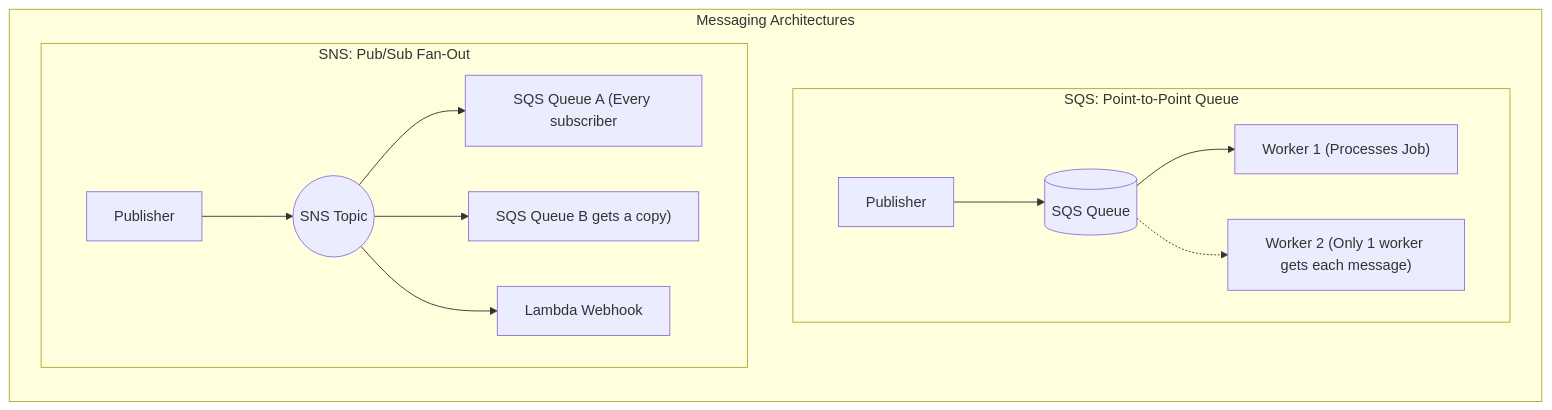
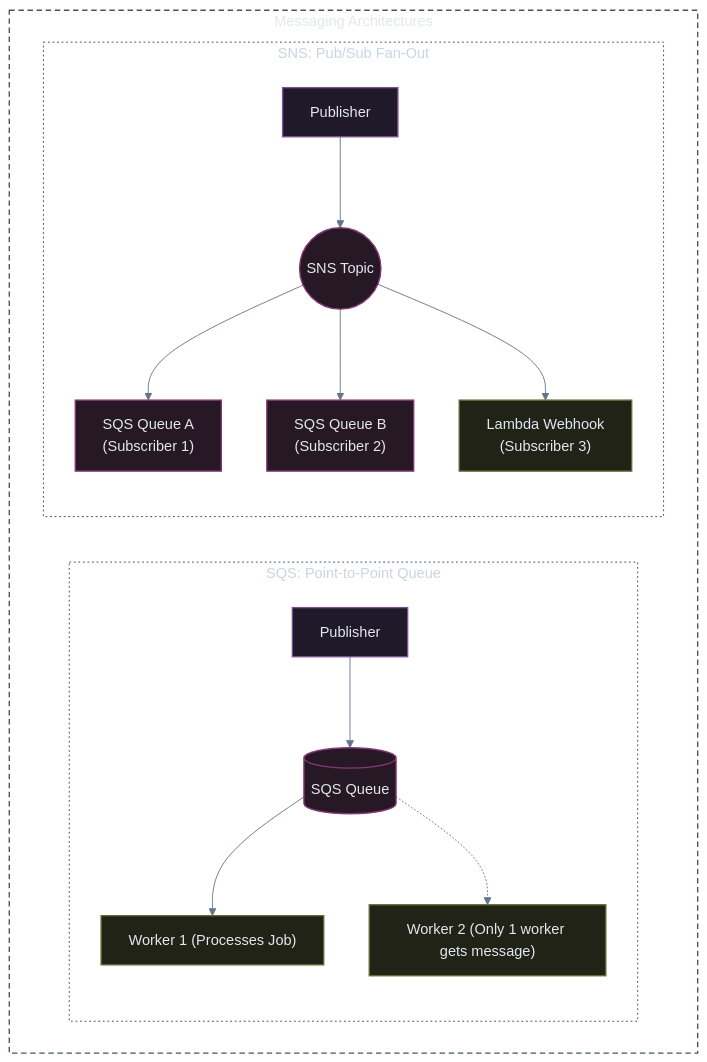
The second of 5 diagrams in 03-aws-services/services.md (heinhtetzan/k8s-in-production), drawn with Mermaid before and after one commit. The commit also changed other lines of this file and 4 other files, not shown here.

Commit message:
docs: add dark mode themes and styles to mermaid diagrams in aws architecture docs

````diff
--- a/03-aws-services/services.md
+++ b/03-aws-services/services.md
@@ -97,18 +125,45 @@
 ```mermaid
-flowchart TD
+%%{init: {
+  'theme': 'base',
+  'themeVariables': {
+    'darkMode': true,
+    'background': '#0f172a',
+    'primaryColor': '#1e293b',
+    'primaryTextColor': '#e2e8f0',
+    'primaryBorderColor': '#475569',
+    'lineColor': '#64748b',
+    'textColor': '#e2e8f0',
+    'edgeLabelBackground': '#0f172a'
+  },
+  'themeCSS': '* { filter: none !important; box-shadow: none !important; } .node * { filter: none !important; } .cluster * { filter: none !important; }'
+}}%%
+graph TD
     subgraph MessagingPatterns["Messaging Architectures"]
-        direction TB
         subgraph P2P["SQS: Point-to-Point Queue"]
             Producer1["Publisher"] --> Queue[("SQS Queue")]
             Queue --> Consumer1["Worker 1 (Processes Job)"]
-            Queue -.-> Consumer2["Worker 2 (Only 1 worker gets each message)"]
+            Queue -.-> Consumer2["Worker 2 (Only 1 worker gets message)"]
         end
 
         subgraph FanOut["SNS: Pub/Sub Fan-Out"]
             Producer2["Publisher"] --> Topic(("SNS Topic"))
-            Topic --> Sub1["SQS Queue A (Every subscriber"]
-            Topic --> Sub2["SQS Queue B gets a copy)"]
-            Topic --> Sub3["Lambda Webhook"]
+            Topic --> Sub1["SQS Queue A<br/>(Subscriber 1)"]
+            Topic --> Sub2["SQS Queue B<br/>(Subscriber 2)"]
+            Topic --> Sub3["Lambda Webhook<br/>(Subscriber 3)"]
         end
     end
+
+    %% Container Boundaries: Transparent BG with Muted Dashed and Dotted Strokes
+    style MessagingPatterns fill:none,stroke:#475569,stroke-width:1.5px,stroke-dasharray: 6 4,color:#e2e8f0;
+    style P2P fill:none,stroke:#334155,stroke-width:1px,stroke-dasharray: 2 3,color:#cbd5e1;
+    style FanOut fill:none,stroke:#334155,stroke-width:1px,stroke-dasharray: 2 3,color:#cbd5e1;
+
+    %% Component Classes
+    classDef cClient fill:#1f1929,stroke:#7c5295,stroke-width:1.5px,color:#e2e8f0;
+    classDef cQueue fill:#261824,stroke:#853878,stroke-width:1.5px,color:#e2e8f0;
+    classDef cWorker fill:#202315,stroke:#5f6d35,stroke-width:1.5px,color:#e2e8f0;
+
+    class Producer1,Producer2 cClient;
+    class Queue,Topic,Sub1,Sub2 cQueue;
+    class Consumer1,Consumer2,Sub3 cWorker;
 ```
````
